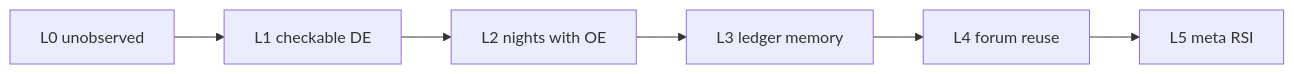
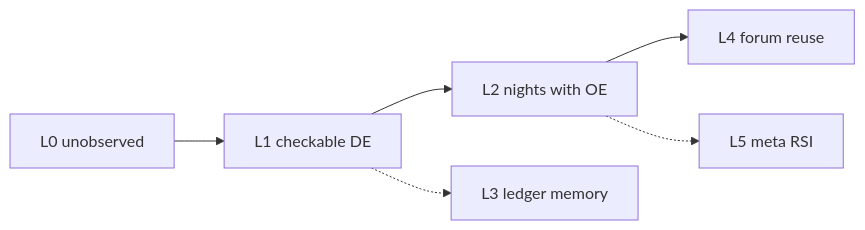
One commit to sw30labs/nightshift changed the second of 2 diagrams in ROADMAP.md. Above: the diagram before and after it, drawn with Mermaid. The commit also changed other lines of this file and 10 other files, not shown here.

First line of the commit message:
docs: stone/rust diagrams for bag, forum, CMM, and RSI

````diff
--- a/ROADMAP.md
+++ b/ROADMAP.md
@@ -57,10 +59,14 @@
 ```mermaid
 flowchart LR
   L0[L0 unobserved]
   L1[L1 checkable DE]
   L2[L2 nights with OE]
   L3[L3 ledger memory]
   L4[L4 forum reuse]
   L5[L5 meta RSI]
-  L0 --> L1 --> L2 --> L3 --> L4 --> L5
+  L0 --> L1
+  L1 --> L2
+  L1 -.-> L3
+  L2 --> L4
+  L2 -.-> L5
 ```
````
